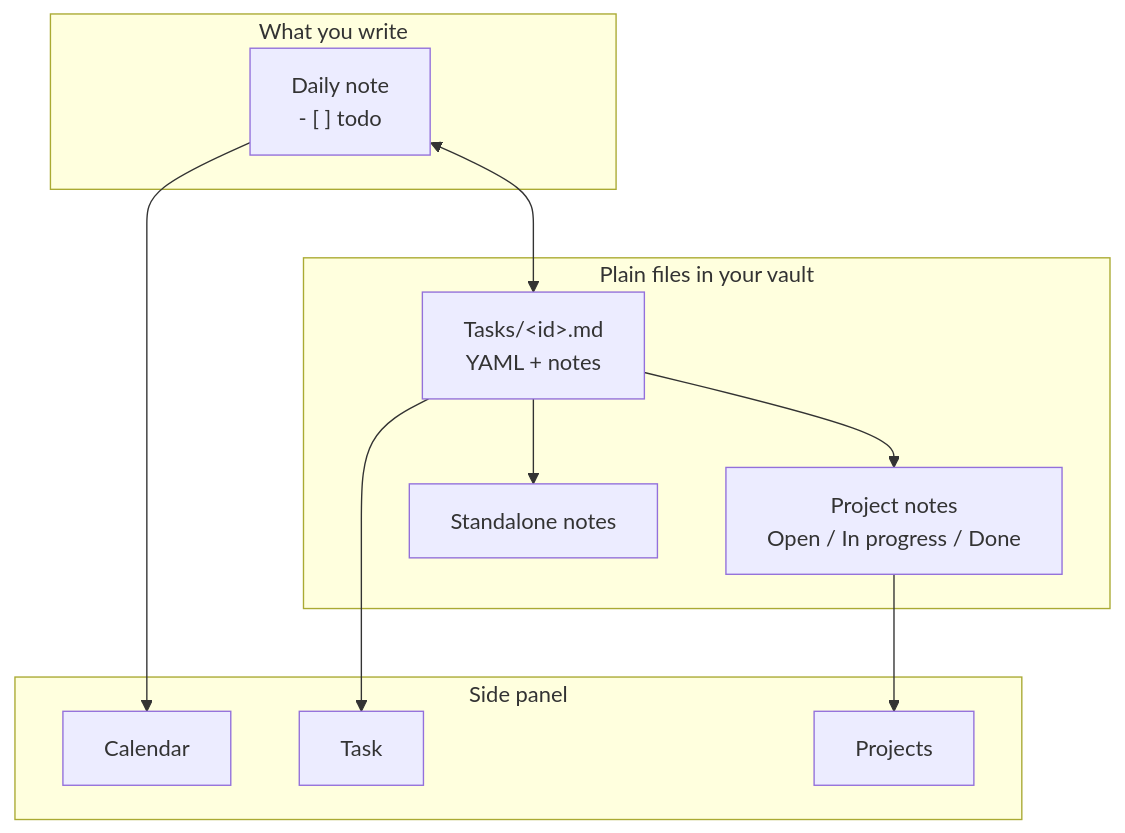
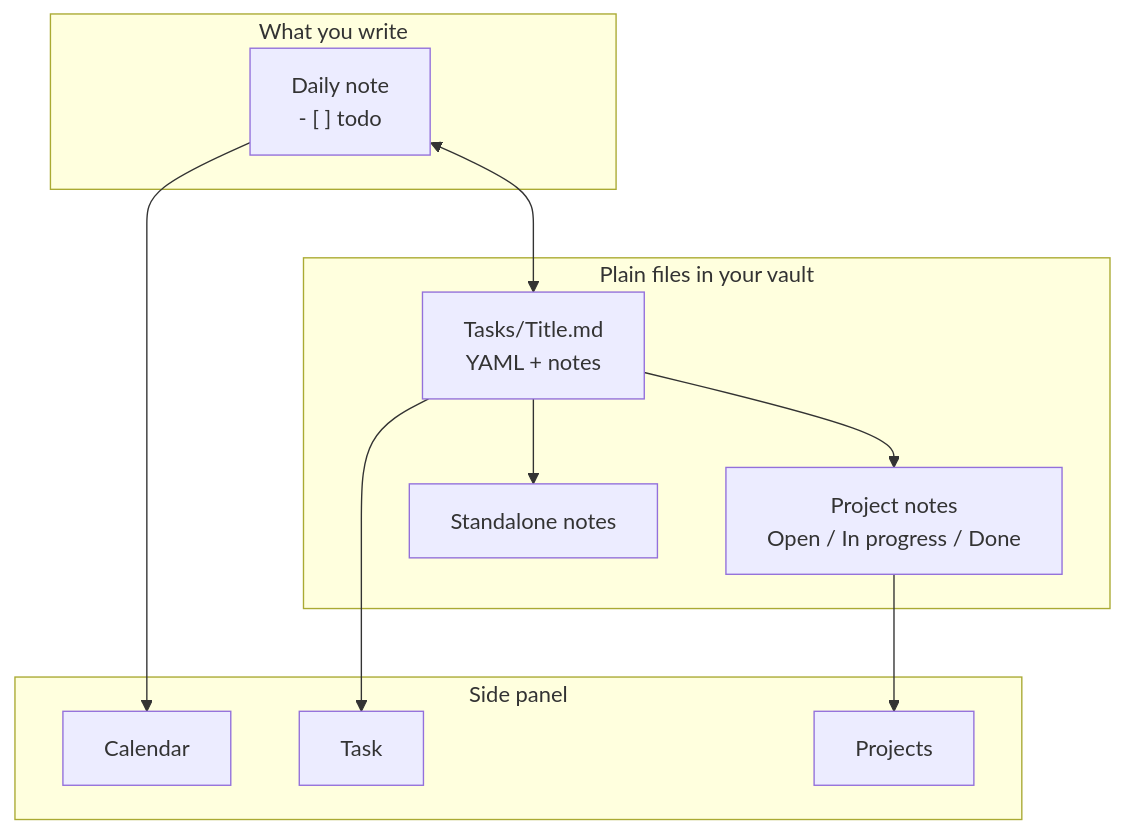
The second of 2 diagrams in README.md (davadev/Organized), drawn with Mermaid before and after one commit. The commit also changed other lines of this file and 28 other files, not shown here.

````diff
--- a/README.md
+++ b/README.md
@@ -58,22 +58,22 @@
 ```mermaid
 flowchart TB
     subgraph You["What you write"]
         D["Daily note<br/>- [ ] todo"]
     end
     subgraph Files["Plain files in your vault"]
-        T["Tasks/&lt;id&gt;.md<br/>YAML + notes"]
+        T["Tasks/Title.md<br/>YAML + notes"]
         P["Project notes<br/>Open / In progress / Done"]
         N["Standalone notes"]
     end
     subgraph View["Side panel"]
         C["Calendar"]
         K["Task"]
         J["Projects"]
     end
     D <--> T
     T --> P
     T --> N
     T --> K
     D --> C
     P --> J
 ```
````
